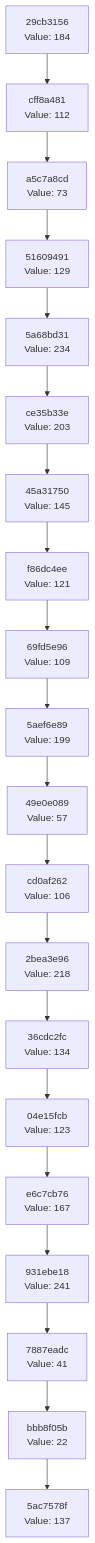
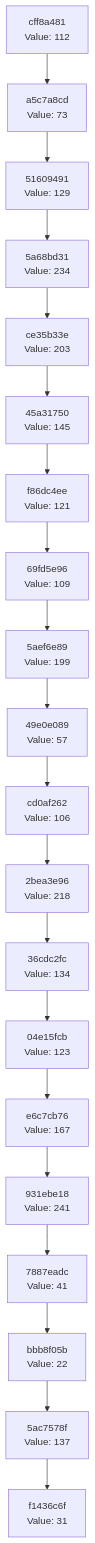
Before and after one commit to Abhisheksinha1506/hash-chain-evolver: the diagram in docs/CHAIN_VISUALIZATION.md, drawn with Mermaid. The commit also changed 1 other file, not shown here.

Commit message:
Evolution step: hash 0x1F → action executed

````diff
--- a/docs/CHAIN_VISUALIZATION.md
+++ b/docs/CHAIN_VISUALIZATION.md
@@ -3,42 +3,42 @@
 ```mermaid
 graph TD
-    C0["5ac7578f<br/>Value: 137"]
-    C1["bbb8f05b<br/>Value: 22"]
+    C0["f1436c6f<br/>Value: 31"]
+    C1["5ac7578f<br/>Value: 137"]
     C1 --> C0
-    C2["7887eadc<br/>Value: 41"]
+    C2["bbb8f05b<br/>Value: 22"]
     C2 --> C1
-    C3["931ebe18<br/>Value: 241"]
+    C3["7887eadc<br/>Value: 41"]
     C3 --> C2
-    C4["e6c7cb76<br/>Value: 167"]
+    C4["931ebe18<br/>Value: 241"]
     C4 --> C3
-    C5["04e15fcb<br/>Value: 123"]
+    C5["e6c7cb76<br/>Value: 167"]
     C5 --> C4
-    C6["36cdc2fc<br/>Value: 134"]
+    C6["04e15fcb<br/>Value: 123"]
     C6 --> C5
-    C7["2bea3e96<br/>Value: 218"]
+    C7["36cdc2fc<br/>Value: 134"]
     C7 --> C6
-    C8["cd0af262<br/>Value: 106"]
+    C8["2bea3e96<br/>Value: 218"]
     C8 --> C7
-    C9["49e0e089<br/>Value: 57"]
+    C9["cd0af262<br/>Value: 106"]
     C9 --> C8
-    C10["5aef6e89<br/>Value: 199"]
+    C10["49e0e089<br/>Value: 57"]
     C10 --> C9
-    C11["69fd5e96<br/>Value: 109"]
+    C11["5aef6e89<br/>Value: 199"]
     C11 --> C10
-    C12["f86dc4ee<br/>Value: 121"]
+    C12["69fd5e96<br/>Value: 109"]
     C12 --> C11
-    C13["45a31750<br/>Value: 145"]
+    C13["f86dc4ee<br/>Value: 121"]
     C13 --> C12
-    C14["ce35b33e<br/>Value: 203"]
+    C14["45a31750<br/>Value: 145"]
     C14 --> C13
-    C15["5a68bd31<br/>Value: 234"]
+    C15["ce35b33e<br/>Value: 203"]
     C15 --> C14
-    C16["51609491<br/>Value: 129"]
+    C16["5a68bd31<br/>Value: 234"]
     C16 --> C15
-    C17["a5c7a8cd<br/>Value: 73"]
+    C17["51609491<br/>Value: 129"]
     C17 --> C16
-    C18["cff8a481<br/>Value: 112"]
+    C18["a5c7a8cd<br/>Value: 73"]
     C18 --> C17
-    C19["29cb3156<br/>Value: 184"]
+    C19["cff8a481<br/>Value: 112"]
     C19 --> C18
 ```
````
